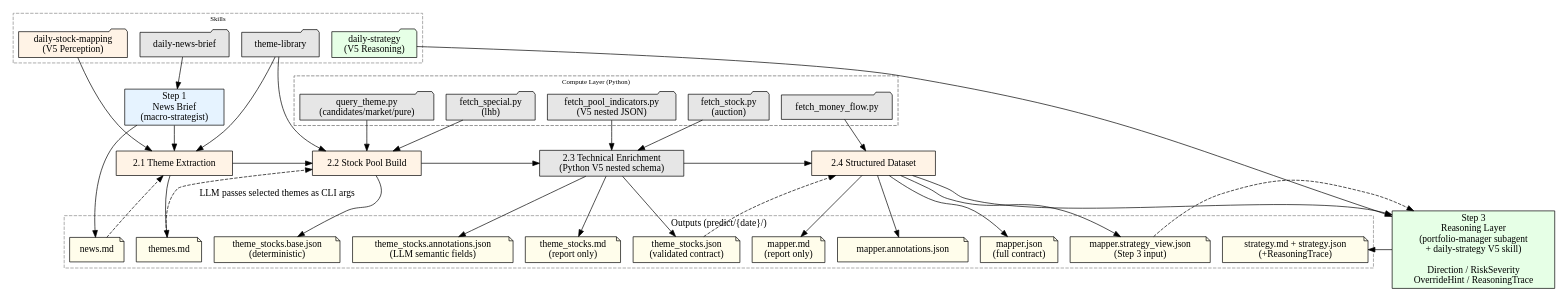
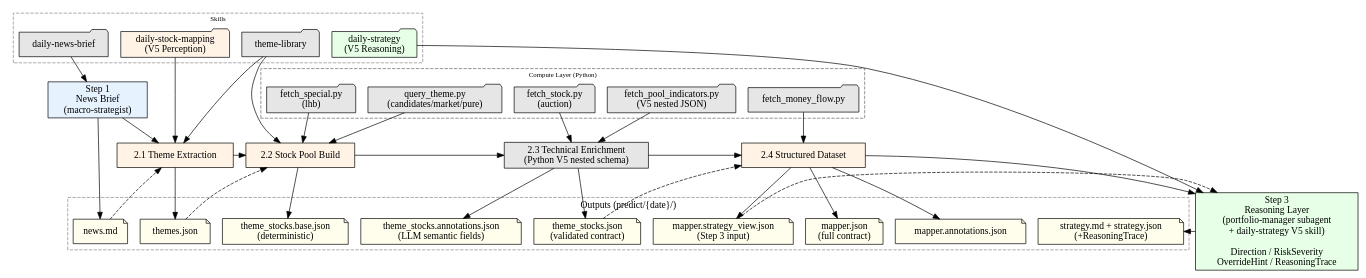
Before and after one commit to mysll/ashare-pilot: the diagram in .opencode/skills/daily-market-analysis/SKILL.md, drawn with Graphviz. The commit also changed other lines of this file and 10 other files, not shown here.

Commit message:
feat: make step2 mapper pipeline json-only

```diff
--- a/.opencode/skills/daily-market-analysis/SKILL.md
+++ b/.opencode/skills/daily-market-analysis/SKILL.md
@@ -76,15 +76,13 @@
         color="#888888";
 
         "news.md" [shape=note, style=filled, fillcolor="#fffdeb"];
-        "themes.md" [shape=note, style=filled, fillcolor="#fffdeb"];
+        "themes.json" [shape=note, style=filled, fillcolor="#fffdeb"];
         "theme_stocks.base.json\n(deterministic)" [shape=note, style=filled, fillcolor="#fffdeb"];
         "theme_stocks.annotations.json\n(LLM semantic fields)" [shape=note, style=filled, fillcolor="#fffdeb"];
         "theme_stocks.json\n(validated contract)" [shape=note, style=filled, fillcolor="#fffdeb"];
-        "theme_stocks.md\n(report only)" [shape=note, style=filled, fillcolor="#fffdeb"];
         "mapper.annotations.json" [shape=note, style=filled, fillcolor="#fffdeb"];
         "mapper.json\n(full contract)" [shape=note, style=filled, fillcolor="#fffdeb"];
         "mapper.strategy_view.json\n(Step 3 input)" [shape=note, style=filled, fillcolor="#fffdeb"];
-        "mapper.md\n(report only)" [shape=note, style=filled, fillcolor="#fffdeb"];
         "strategy.md + strategy.json\n(+ReasoningTrace)" [shape=note, style=filled, fillcolor="#fffdeb"];
     }
 
@@ -97,15 +95,13 @@
 
     // Output file writes
     "Step 1: News Brief" -> "news.md";
-    "2.1 Theme Extraction" -> "themes.md";
+    "2.1 Theme Extraction" -> "themes.json";
     "2.2 Stock Pool Build" -> "theme_stocks.base.json\n(deterministic)";
     "2.3 Technical Enrichment\n(Python V5 nested schema)" -> "theme_stocks.annotations.json\n(LLM semantic fields)";
     "2.3 Technical Enrichment\n(Python V5 nested schema)" -> "theme_stocks.json\n(validated contract)";
-    "2.3 Technical Enrichment\n(Python V5 nested schema)" -> "theme_stocks.md\n(report only)";
     "2.4 Structured Dataset" -> "mapper.annotations.json";
     "2.4 Structured Dataset" -> "mapper.json\n(full contract)";
     "2.4 Structured Dataset" -> "mapper.strategy_view.json\n(Step 3 input)";
-    "2.4 Structured Dataset" -> "mapper.md\n(report only)";
     "Step 3: Reasoning" -> "strategy.md + strategy.json\n(+ReasoningTrace)";
 
     // Skill feeds
@@ -123,7 +119,7 @@
     "query_theme.py\n(candidates/market/pure)" -> "2.2 Stock Pool Build";
 
     // Inter-stage file reads (dashed)
-    "themes.md" -> "2.2 Stock Pool Build" [style=dashed, label="LLM passes selected themes as CLI args"];
+    "themes.json" -> "2.2 Stock Pool Build" [style=dashed];
     "theme_stocks.json\n(validated contract)" -> "2.4 Structured Dataset" [style=dashed];
     "news.md" -> "2.1 Theme Extraction" [style=dashed];
     "mapper.strategy_view.json\n(Step 3 input)" -> "Step 3: Reasoning" [style=dashed];
```
